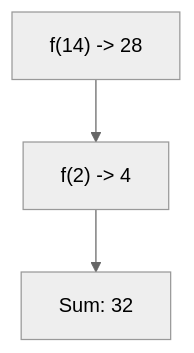
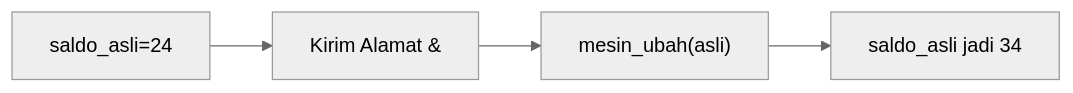
The second of 25 diagrams in part-c-pemahaman-cpp/04-fungsi/latihan/set-11.md (amnahwaida/OSNK_INF_PREP), drawn with Mermaid (neutral theme) before and after one commit. The commit also changed other lines of this file and 71 other files, not shown here.

````diff
--- a/part-c-pemahaman-cpp/04-fungsi/latihan/set-11.md
+++ b/part-c-pemahaman-cpp/04-fungsi/latihan/set-11.md
@@ -48,5 +49,6 @@
 ```mermaid
-graph TD
-A["f(14) -> 28"] --> B["f(2) -> 4"]
-B --> C["Sum: 32"]
+graph LR
+A["saldo_asli=24"] --> B["Kirim Alamat &"]
+B --> C["mesin_ubah(asli)"]
+C --> D["saldo_asli jadi 34"]
 ```
````
